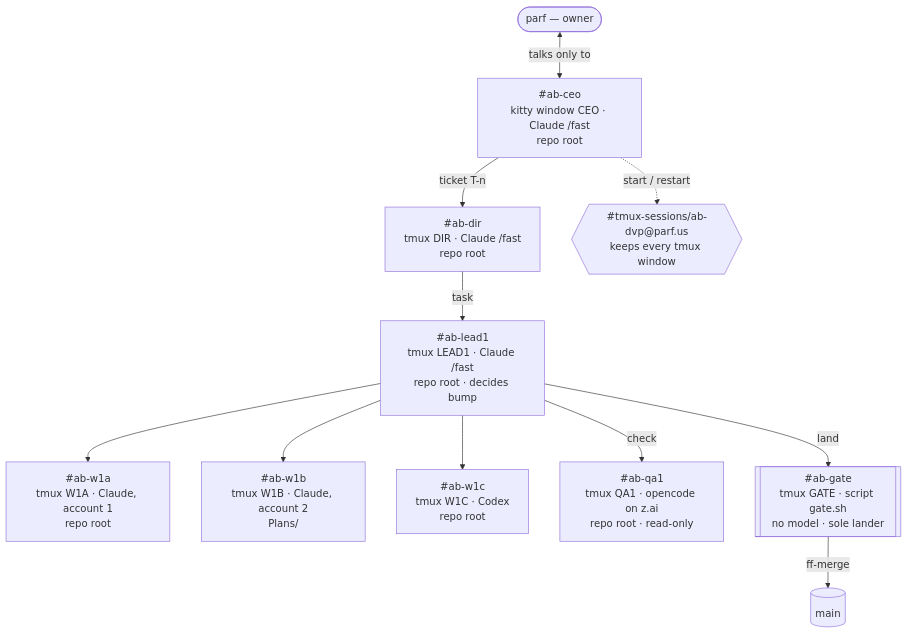
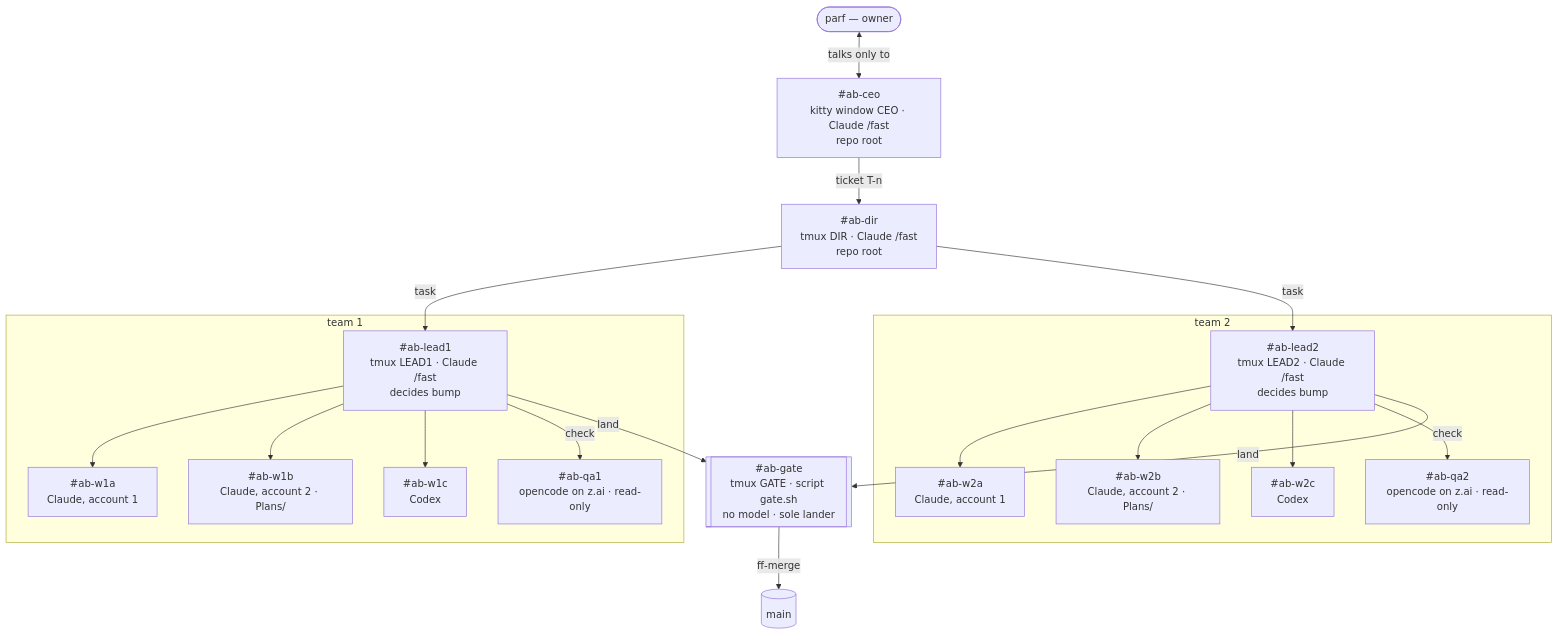
Before and after one commit to parf/ai-agent-bus: the first of 2 diagrams in Plans/Team.v2/README.md, drawn with Mermaid. The commit also changed other lines of this file and 2 other files, not shown here.

Commit message:
Team v2 runs two teams, #ab-lead1 and #ab-lead2, each with three workers and a QA

````diff
--- a/Plans/Team.v2/README.md
+++ b/Plans/Team.v2/README.md
@@ -26,22 +26,31 @@
 ```mermaid
 flowchart TD
   parf(["parf — owner"]) <-->|talks only to| ceo
   ceo["#ab-ceo<br/>kitty window CEO · Claude /fast<br/>repo root"]
   dir["#ab-dir<br/>tmux DIR · Claude /fast<br/>repo root"]
-  lead["#ab-lead1<br/>tmux LEAD1 · Claude /fast<br/>repo root · decides bump"]
-  w1a["#ab-w1a<br/>tmux W1A · Claude, account 1<br/>repo root"]
-  w1b["#ab-w1b<br/>tmux W1B · Claude, account 2<br/>Plans/"]
-  w1c["#ab-w1c<br/>tmux W1C · Codex<br/>repo root"]
-  qa["#ab-qa1<br/>tmux QA1 · opencode on z.ai<br/>repo root · read-only"]
+  subgraph team1 ["team 1"]
+    lead1["#ab-lead1<br/>tmux LEAD1 · Claude /fast<br/>decides bump"]
+    w1a["#ab-w1a<br/>Claude, account 1"]
+    w1b["#ab-w1b<br/>Claude, account 2 · Plans/"]
+    w1c["#ab-w1c<br/>Codex"]
+    qa1["#ab-qa1<br/>opencode on z.ai · read-only"]
+  end
+  subgraph team2 ["team 2"]
+    lead2["#ab-lead2<br/>tmux LEAD2 · Claude /fast<br/>decides bump"]
+    w2a["#ab-w2a<br/>Claude, account 1"]
+    w2b["#ab-w2b<br/>Claude, account 2 · Plans/"]
+    w2c["#ab-w2c<br/>Codex"]
+    qa2["#ab-qa2<br/>opencode on z.ai · read-only"]
+  end
   gate[["#ab-gate<br/>tmux GATE · script gate.sh<br/>no model · sole lander"]]
   main[("main")]
-  keeper{{"#tmux-sessions/ab-dvp@parf.us<br/>keeps every tmux window"}}
 
   ceo -->|ticket T-n| dir
-  dir -->|task| lead
-  lead --> w1a & w1b & w1c
-  lead -->|check| qa
-  lead -->|land| gate
+  dir -->|task| lead1 & lead2
+  lead1 --> w1a & w1b & w1c
+  lead1 -->|check| qa1
+  lead2 --> w2a & w2b & w2c
+  lead2 -->|check| qa2
+  lead1 & lead2 -->|land| gate
   gate -->|ff-merge| main
-  ceo -.->|start / restart| keeper
 ```
````
